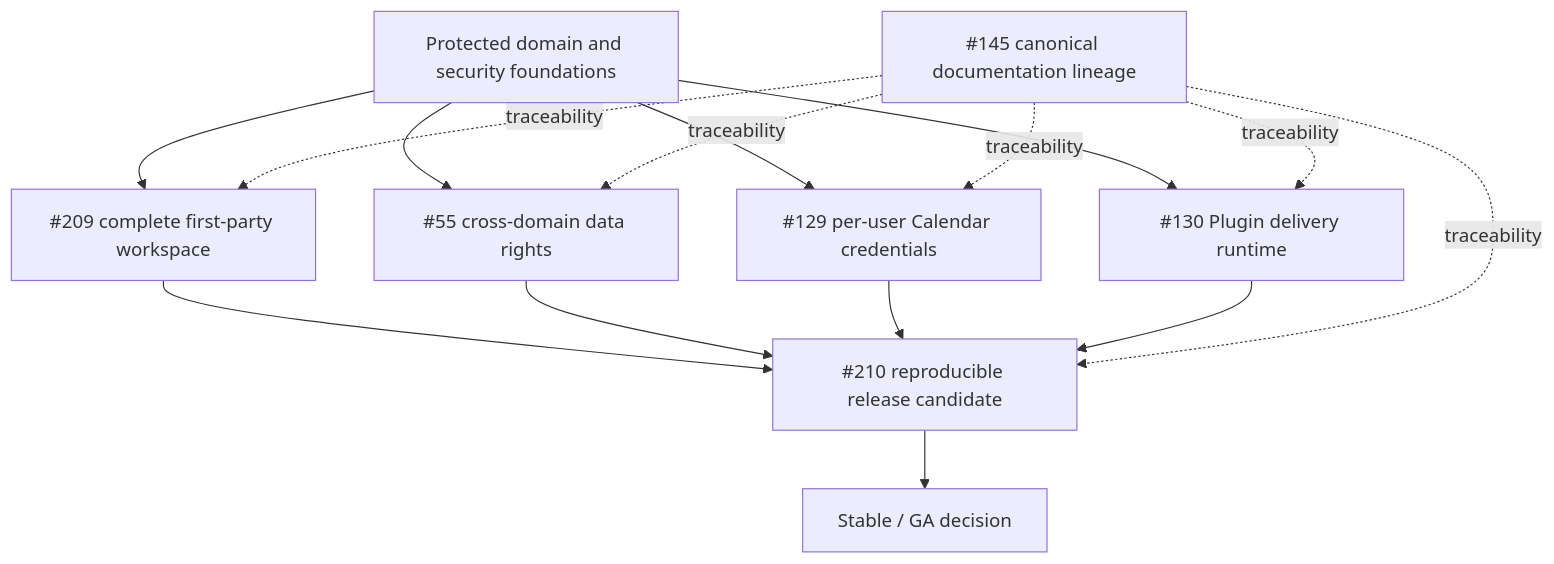
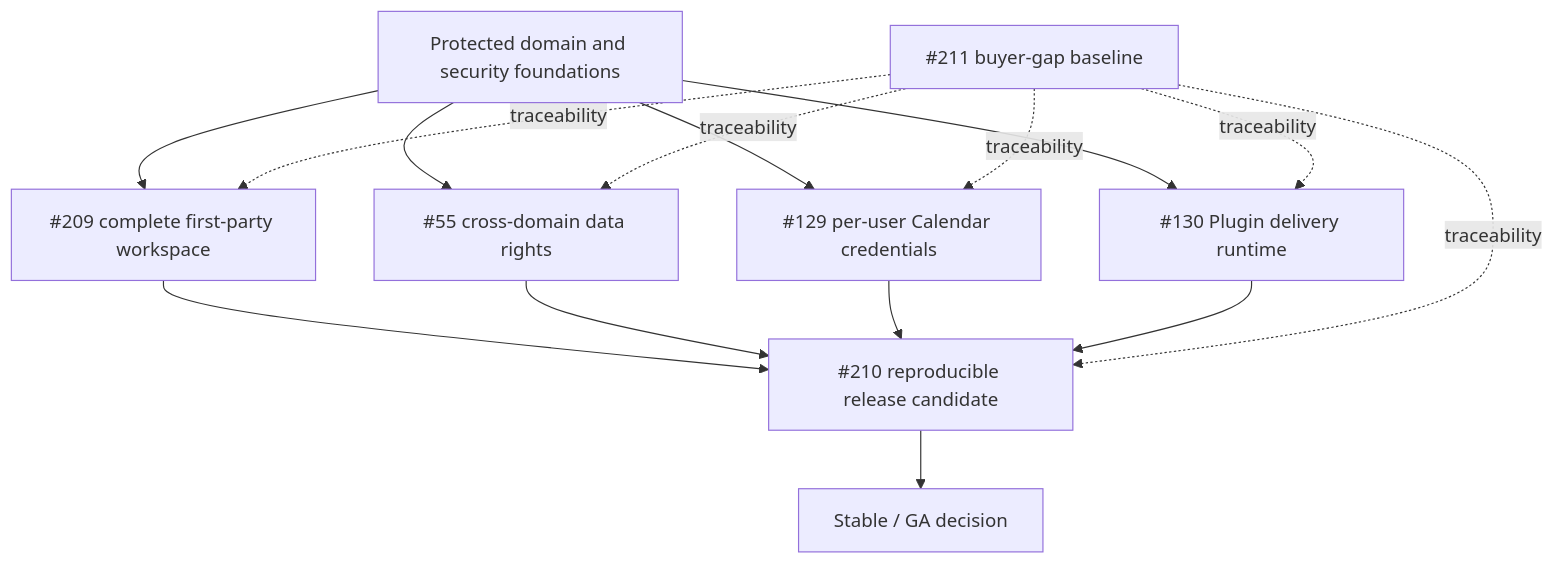
Before and after one commit to ContextualWisdomLab/life-os: the diagram in docs/product-technical-gap-baseline.md, drawn with Mermaid. The commit also changed other lines of this file, not shown here.

````diff
--- a/docs/product-technical-gap-baseline.md
+++ b/docs/product-technical-gap-baseline.md
@@ -301,18 +311,18 @@
 ```mermaid
 flowchart TD
     A[Protected domain and security foundations] --> B[#209 complete first-party workspace]
     A --> C[#55 cross-domain data rights]
     A --> D[#129 per-user Calendar credentials]
     A --> E[#130 Plugin delivery runtime]
     B --> F[#210 reproducible release candidate]
     C --> F
     D --> F
     E --> F
     F --> G[Stable / GA decision]
 
-    H[#145 canonical documentation lineage] -. traceability .-> B
+    H[#211 buyer-gap baseline] -. traceability .-> B
     H -. traceability .-> C
     H -. traceability .-> D
     H -. traceability .-> E
     H -. traceability .-> F
 ```
````
